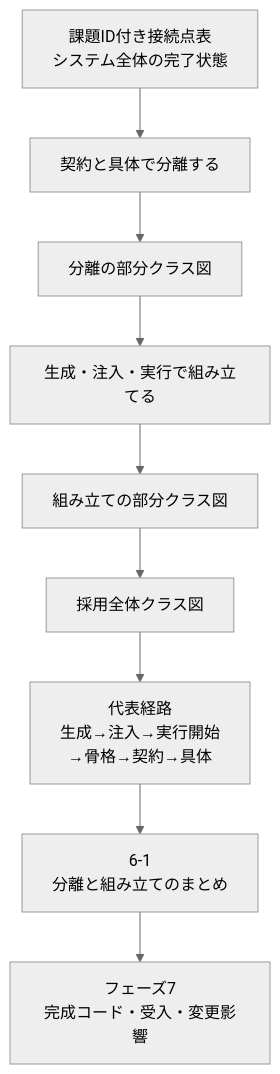
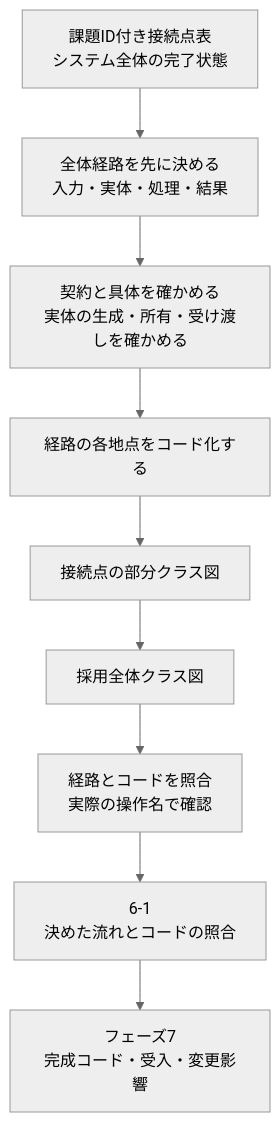
The eighth of 9 diagrams in kindle/design-patterns/output/chapter00_2.md (kumachan1101-pixel/DesignPattern), drawn with Mermaid (neutral theme) before and after one commit. The commit also changed other lines of this file and 29 other files, not shown here.

Commit message:
Revise countermeasure chapters around end-to-end flow

````diff
--- a/kindle/design-patterns/output/chapter00_2.md
+++ b/kindle/design-patterns/output/chapter00_2.md
@@ -1058,15 +1065,15 @@
 ```mermaid
 flowchart TB
     A["課題ID付き接続点表<br/>システム全体の完了状態"]
-    B["契約と具体で分離する"]
-    C["分離の部分クラス図"]
-    D["生成・注入・実行で組み立てる"]
-    E["組み立ての部分クラス図"]
+    B["全体経路を先に決める<br/>入力・実体・処理・結果"]
+    C["契約と具体を確かめる<br/>実体の生成・所有・受け渡しを確かめる"]
+    D["経路の各地点をコード化する"]
+    E["接続点の部分クラス図"]
     F["採用全体クラス図"]
-    G1["代表経路<br/>生成→注入→実行開始<br/>→骨格→契約→具体"]
-    G2["6-1<br/>分離と組み立てのまとめ"]
+    G1["経路とコードを照合<br/>実際の操作名で確認"]
+    G2["6-1<br/>決めた流れとコードの照合"]
     H["フェーズ7<br/>完成コード・受入・変更影響"]
 
     A --> B --> C --> D --> E --> F
     F --> G1 --> G2 --> H
 ```
````
